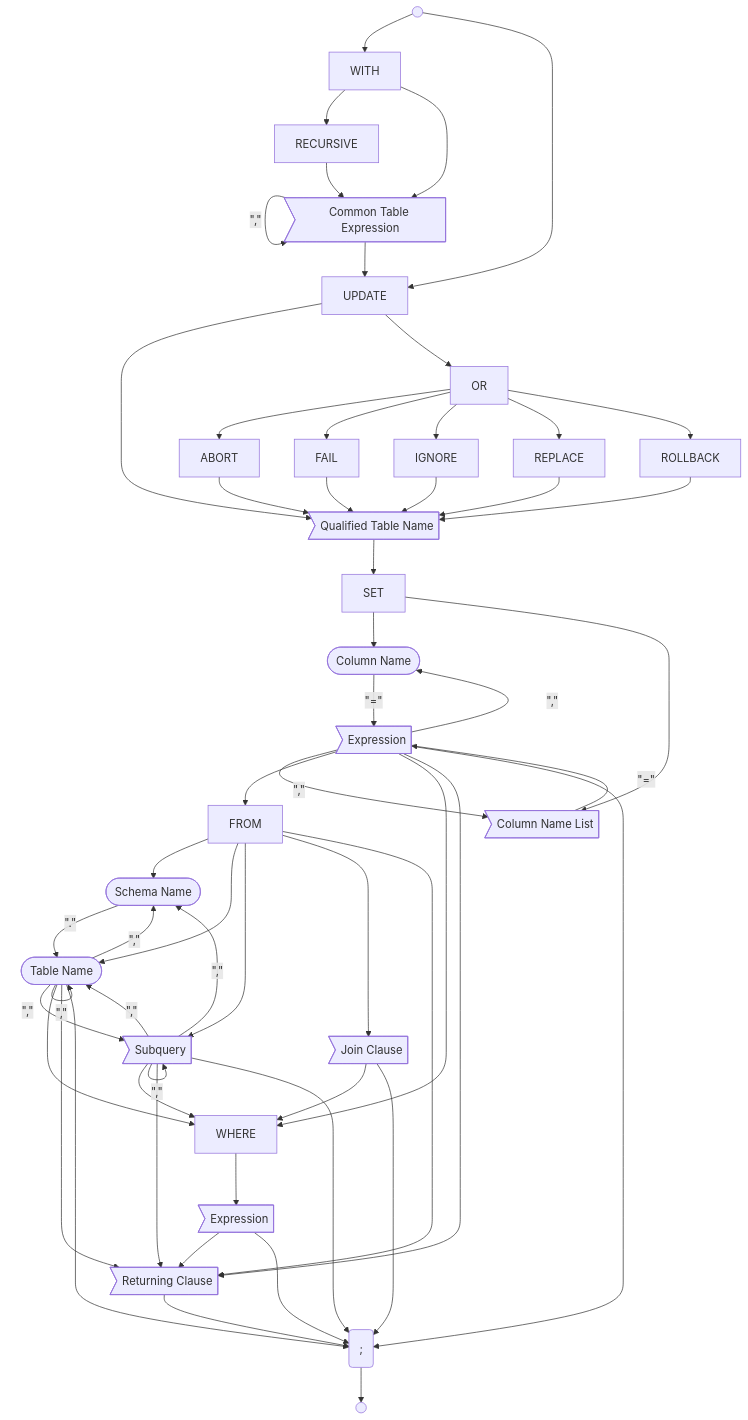
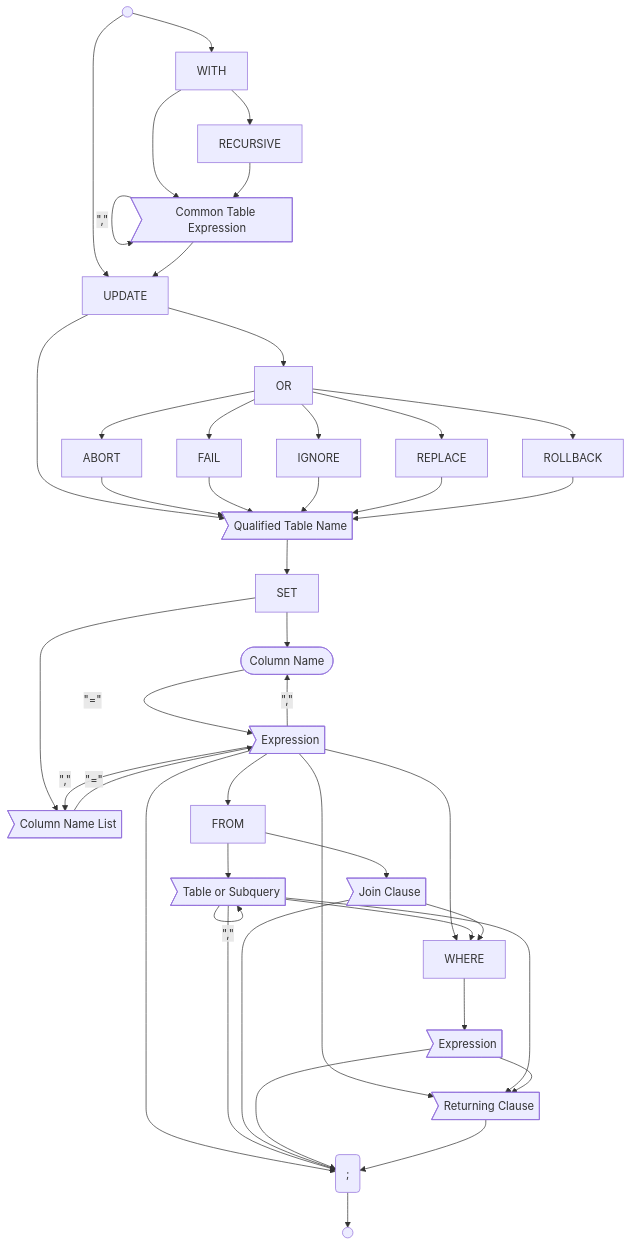
The diagram in design/sql_syntax/Statements/UPDATE.md (JEleniel/epiloglite), drawn with Mermaid before and after one commit. The commit also changed other lines of this file and 42 other files, not shown here.

````diff
--- a/design/sql_syntax/Statements/UPDATE.md
+++ b/design/sql_syntax/Statements/UPDATE.md
@@ -11,71 +11,60 @@
 ```mermaid
 graph TB
 	st(( ))
 	semi(;)
 	stop(( ))
 	semi --> stop
 	
 	st --> WITH
 	st --> UPDATE
 	
 	WITH --> RECURSIVE
 	WITH --> common_table_expression>Common Table Expression]
 	RECURSIVE --> common_table_expression
 	common_table_expression -->|#quot;,#quot;| common_table_expression
 	common_table_expression --> UPDATE
 	
 	UPDATE --> qualified_table_name>Qualified Table Name]
 	UPDATE --> OR
 	OR --> ABORT
 	OR --> FAIL
 	OR --> IGNORE
 	OR --> REPLACE
 	OR --> ROLLBACK
 	ABORT --> qualified_table_name
 	FAIL --> qualified_table_name
 	IGNORE --> qualified_table_name
 	REPLACE --> qualified_table_name
 	ROLLBACK --> qualified_table_name
 	qualified_table_name --> SET
 	
 	SET --> column_name([Column Name])
 	SET --> column_name_list>Column Name List]
+	
 	column_name -->|#quot;=#quot;| column_expression>Expression]
 	column_name_list --> |#quot;=#quot;| column_expression
+	
 	column_expression -->|#quot;,#quot;| column_name
 	column_expression -->|#quot;,#quot;| column_name_list
 	column_expression --> FROM
 	column_expression --> WHERE
 	column_expression --> returning_clause>Returning Clause]
 	column_expression --> semi
 	
-	FROM --> schema_name([Schema Name])
-	FROM --> table_name([Table Name])
-	FROM --> subquery>Subquery]
+	FROM --> table_or_subquery>Table or Subquery]
 	FROM --> join_clause>Join Clause]
-	FROM --> returning_clause
 	
-	schema_name -->|#quot;.#quot;| table_name
-	table_name -->|#quot;,#quot;| schema_name
-	table_name -->|#quot;,#quot;| table_name
-	table_name -->|#quot;,#quot;| subquery
-	table_name --> WHERE
-	table_name --> returning_clause
-	table_name --> semi
-	
-	subquery -->|#quot;,#quot;| schema_name
-	subquery -->|#quot;,#quot;| table_name
-	subquery -->|#quot;,#quot;| subquery
-	subquery --> WHERE
-	subquery --> returning_clause
-	subquery --> semi
-	
+	table_or_subquery -->|#quot;,#quot;| table_or_subquery
+	table_or_subquery --> WHERE
+	table_or_subquery --> returning_clause
+	table_or_subquery --> semi
+		
 	join_clause --> WHERE
 	join_clause --> semi
 	
 	WHERE --> where_expression>Expression]
 	where_expression --> returning_clause
 	where_expression --> semi
 	
 	returning_clause --> semi
 ```
````
